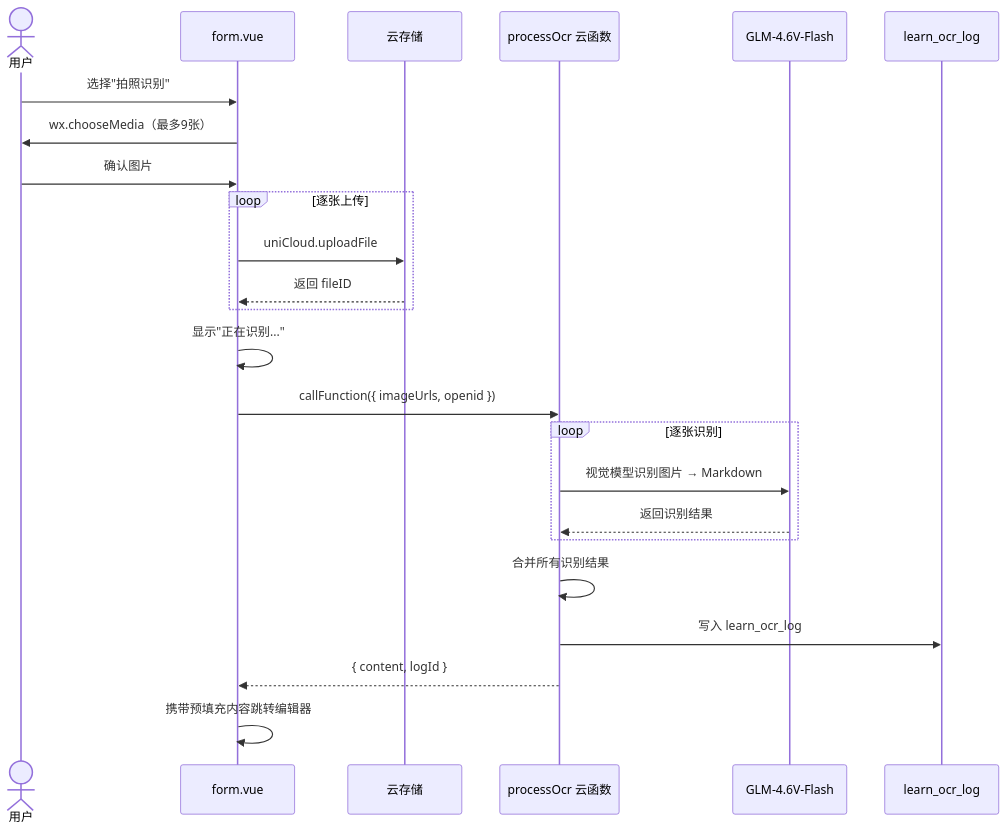
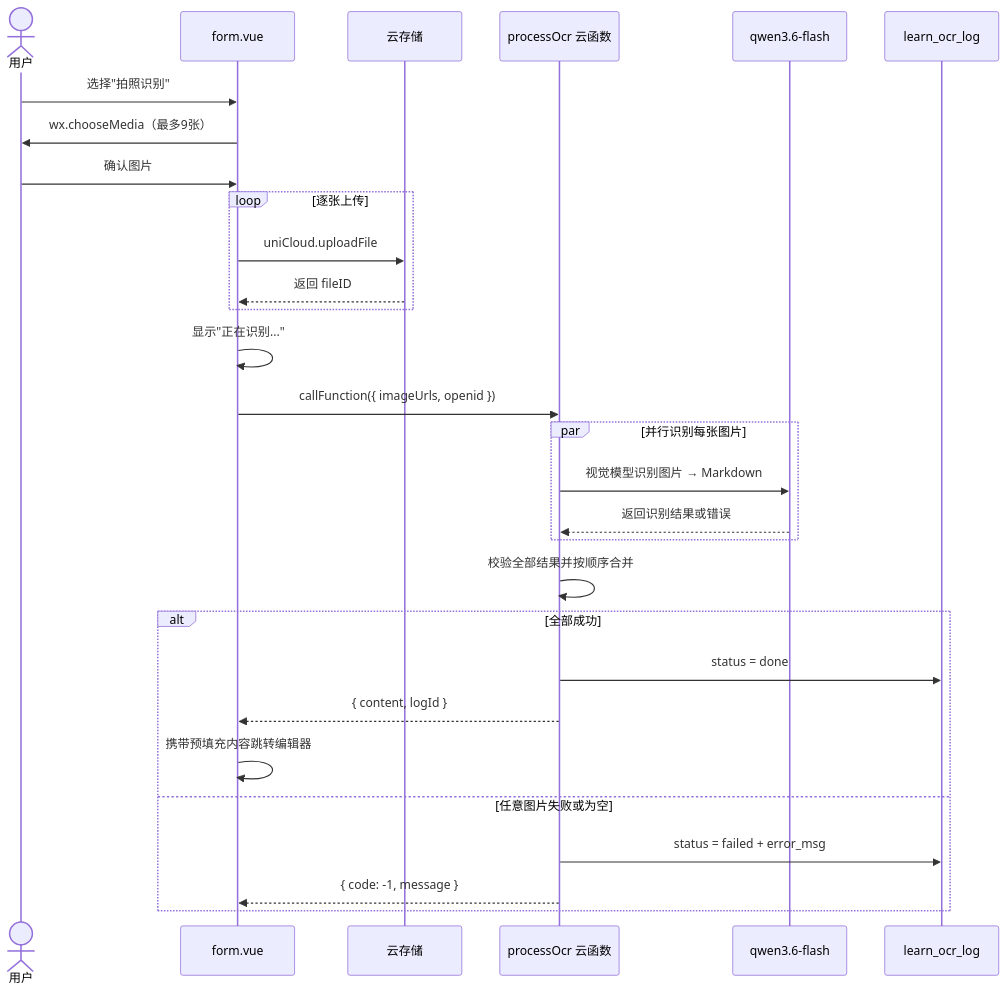
Before and after one commit to Academicrubbish/Toolbox: the second of 4 diagrams in docs/learn-zone/multi-source-input/design.md, drawn with Mermaid. The commit also changed other lines of this file and 69 other files, not shown here.

````diff
--- a/docs/learn-zone/multi-source-input/design.md
+++ b/docs/learn-zone/multi-source-input/design.md
@@ -78,27 +88,32 @@
 ```mermaid
 sequenceDiagram
     actor User as 用户
     participant Form as form.vue
     participant Upload as 云存储
     participant CF as processOcr 云函数
-    participant GLM as GLM-4.6V-Flash
+    participant Qwen as qwen3.6-flash
     participant DB as learn_ocr_log
 
     User->>Form: 选择"拍照识别"
     Form->>User: wx.chooseMedia（最多9张）
     User->>Form: 确认图片
     loop 逐张上传
         Form->>Upload: uniCloud.uploadFile
         Upload-->>Form: 返回 fileID
     end
     Form->>Form: 显示"正在识别..."
     Form->>CF: callFunction({ imageUrls, openid })
-    loop 逐张识别
-        CF->>GLM: 视觉模型识别图片 → Markdown
-        GLM-->>CF: 返回识别结果
+    par 并行识别每张图片
+        CF->>Qwen: 视觉模型识别图片 → Markdown
+        Qwen-->>CF: 返回识别结果或错误
     end
-    CF->>CF: 合并所有识别结果
-    CF->>DB: 写入 learn_ocr_log
-    CF-->>Form: { content, logId }
-    Form->>Form: 携带预填充内容跳转编辑器
+    CF->>CF: 校验全部结果并按顺序合并
+    alt 全部成功
+        CF->>DB: status = done
+        CF-->>Form: { content, logId }
+        Form->>Form: 携带预填充内容跳转编辑器
+    else 任意图片失败或为空
+        CF->>DB: status = failed + error_msg
+        CF-->>Form: { code: -1, message }
+    end
 ```
````
